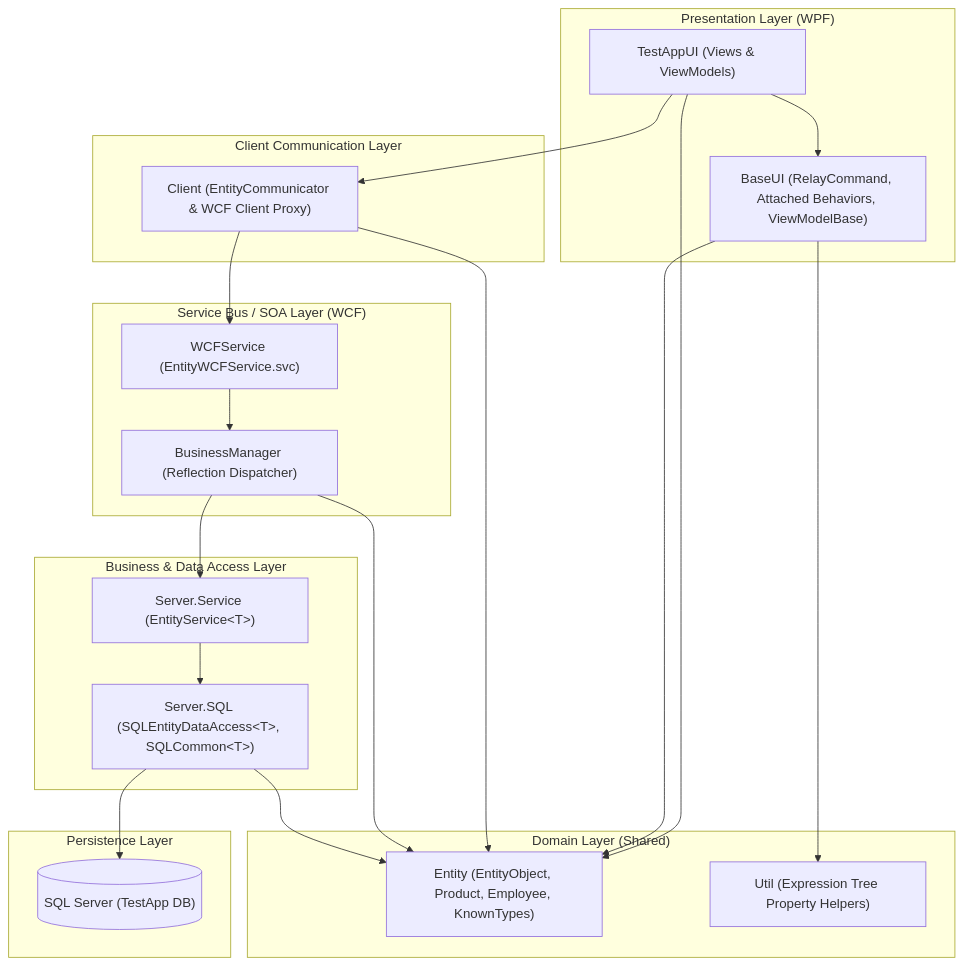
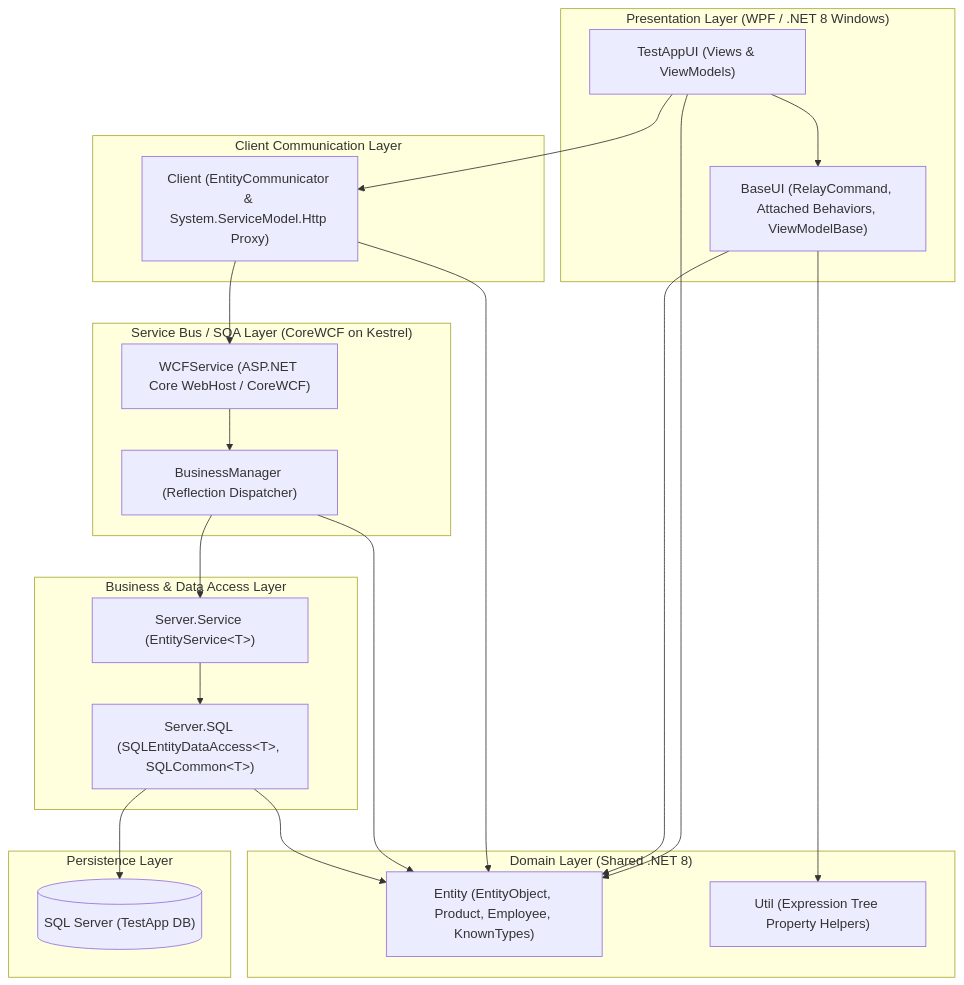
Before and after one commit to DavIT-Futures/NTier-Mvvm-Backend-Api-Orm: the diagram in README.md, drawn with Mermaid. The commit also changed other lines of this file and 19 other files, not shown here.

Commit message:
feat: modernize solution to .NET 8 LTS with CoreWCF, Microsoft.Data.SqlClient and 101 unit tests

````diff
--- a/README.md
+++ b/README.md
@@ -15,44 +18,44 @@
 ```mermaid
 flowchart TD
-    subgraph UI ["Presentation Layer (WPF)"]
+    subgraph UI ["Presentation Layer (WPF / .NET 8 Windows)"]
         TestAppUI["TestAppUI (Views & ViewModels)"]
         BaseUI["BaseUI (RelayCommand, Attached Behaviors, ViewModelBase)"]
     end
 
     subgraph ClientLayer ["Client Communication Layer"]
-        ClientProxy["Client (EntityCommunicator & WCF Client Proxy)"]
+        ClientProxy["Client (EntityCommunicator & System.ServiceModel.Http Proxy)"]
     end
 
-    subgraph ServiceLayer ["Service Bus / SOA Layer (WCF)"]
-        WCFService["WCFService (EntityWCFService.svc)"]
+    subgraph ServiceLayer ["Service Bus / SOA Layer (CoreWCF on Kestrel)"]
+        WCFService["WCFService (ASP.NET Core WebHost / CoreWCF)"]
         BusinessManager["BusinessManager (Reflection Dispatcher)"]
     end
 
-    subgraph DomainLayer ["Domain Layer (Shared)"]
+    subgraph DomainLayer ["Domain Layer (Shared .NET 8)"]
         Entity["Entity (EntityObject, Product, Employee, KnownTypes)"]
         Util["Util (Expression Tree Property Helpers)"]
     end
 
     subgraph BackendLayer ["Business & Data Access Layer"]
         ServerService["Server.Service (EntityService&lt;T&gt;)"]
         ServerSQL["Server.SQL (SQLEntityDataAccess&lt;T&gt;, SQLCommon&lt;T&gt;)"]
     end
 
     subgraph DataStore ["Persistence Layer"]
         SQLServer[("SQL Server (TestApp DB)")]
     end
 
     TestAppUI --> BaseUI
     TestAppUI --> ClientProxy
     TestAppUI --> Entity
     BaseUI --> Entity
     BaseUI --> Util
     ClientProxy --> Entity
     ClientProxy --> WCFService
     WCFService --> BusinessManager
     BusinessManager --> Entity
     BusinessManager --> ServerService
     ServerService --> ServerSQL
     ServerSQL --> SQLServer
     ServerSQL --> Entity
 ```
````
